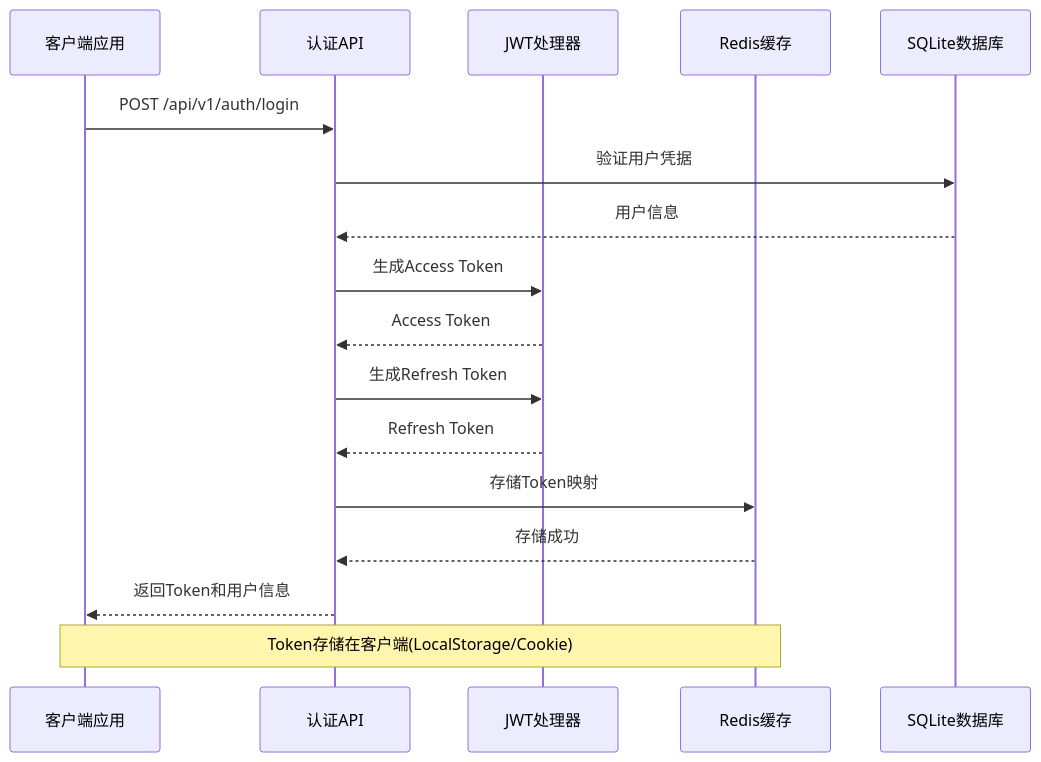
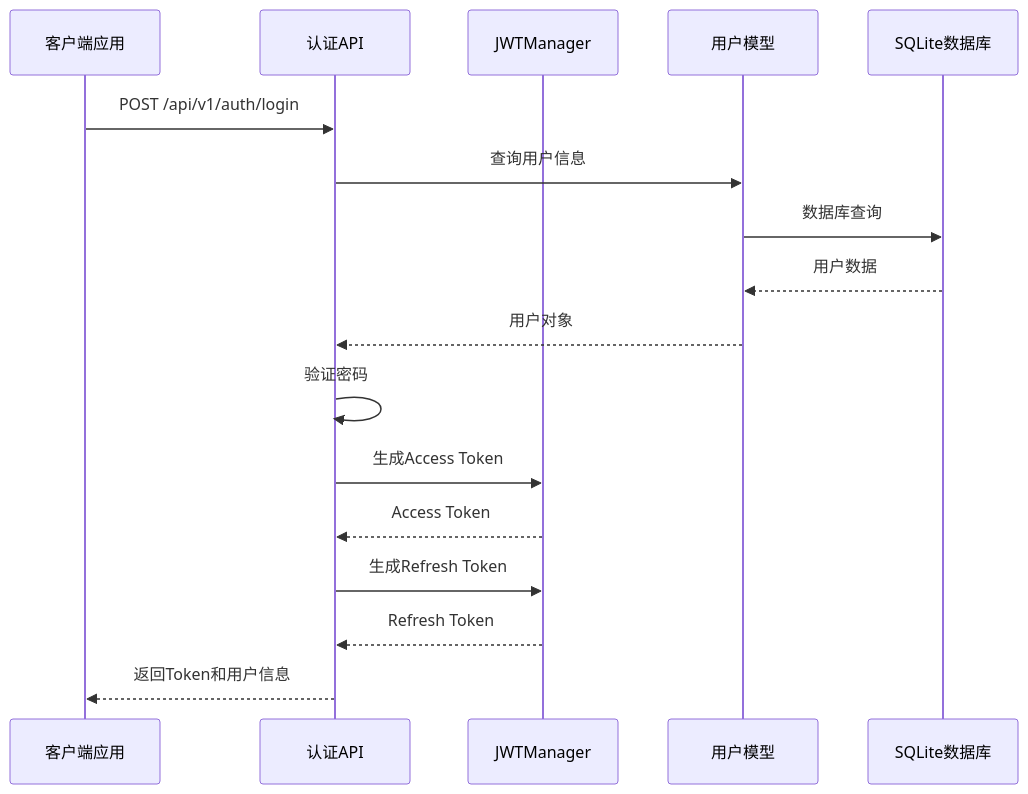
Before and after one commit to wyg5208/website_diy: the second of 7 diagrams in .qoder/repowiki/zh/content/API接口文档/用户认证API.md, drawn with Mermaid. The commit also changed other lines of this file and 43 other files, not shown here.

````diff
--- a/.qoder/repowiki/zh/content/API接口文档/用户认证API.md
+++ b/.qoder/repowiki/zh/content/API接口文档/用户认证API.md
@@ -112,19 +123,19 @@
 ```mermaid
 sequenceDiagram
 participant Client as 客户端应用
 participant AuthAPI as 认证API
-participant JWT as JWT处理器
-participant Redis as Redis缓存
+participant JWTManager as JWTManager
+participant UserModel as 用户模型
 participant DB as SQLite数据库
 Client->>AuthAPI : POST /api/v1/auth/login
-AuthAPI->>DB : 验证用户凭据
-DB-->>AuthAPI : 用户信息
-AuthAPI->>JWT : 生成Access Token
-JWT-->>AuthAPI : Access Token
-AuthAPI->>JWT : 生成Refresh Token
-JWT-->>AuthAPI : Refresh Token
-AuthAPI->>Redis : 存储Token映射
-Redis-->>AuthAPI : 存储成功
+AuthAPI->>UserModel : 查询用户信息
+UserModel->>DB : 数据库查询
+DB-->>UserModel : 用户数据
+UserModel-->>AuthAPI : 用户对象
+AuthAPI->>AuthAPI : 验证密码
+AuthAPI->>JWTManager : 生成Access Token
+JWTManager-->>AuthAPI : Access Token
+AuthAPI->>JWTManager : 生成Refresh Token
+JWTManager-->>AuthAPI : Refresh Token
 AuthAPI-->>Client : 返回Token和用户信息
-Note over Client,Redis : Token存储在客户端(LocalStorage/Cookie)
 ```
````
